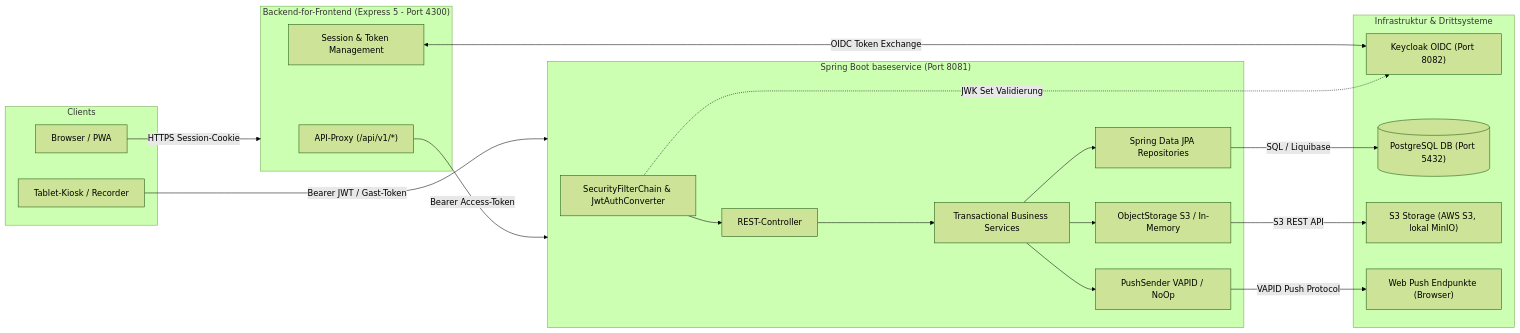
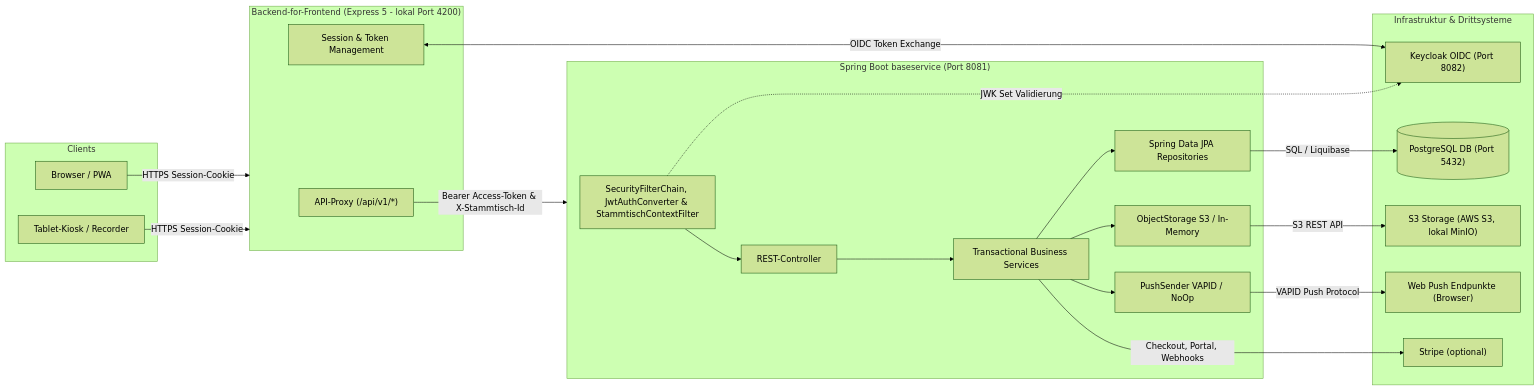
Before and after one commit to damaurer/vereint: the second of 2 diagrams in docs/baseservice/README.md, drawn with Mermaid (forest theme). The commit also changed other lines of this file and 90 other files, not shown here.

````diff
--- a/docs/baseservice/README.md
+++ b/docs/baseservice/README.md
@@ -35,44 +35,46 @@
 ```mermaid
 graph LR
   subgraph Clients
     Browser[Browser / PWA]
     Tablet[Tablet-Kiosk / Recorder]
   end
 
-  subgraph BFF["Backend-for-Frontend (Express 5 - Port 4300)"]
+  subgraph BFF["Backend-for-Frontend (Express 5 - lokal Port 4200)"]
     Proxy["API-Proxy (/api/v1/*)"]
     AuthMW[Session & Token Management]
   end
 
   subgraph BaseService["Spring Boot baseservice (Port 8081)"]
-    Sec[SecurityFilterChain & JwtAuthConverter]
+    Sec[SecurityFilterChain, JwtAuthConverter & StammtischContextFilter]
     Rest[REST-Controller]
     Svc[Transactional Business Services]
     Repo[Spring Data JPA Repositories]
     Storage[ObjectStorage S3 / In-Memory]
     Push[PushSender VAPID / NoOp]
   end
 
   subgraph Infra["Infrastruktur & Drittsysteme"]
     Keycloak["Keycloak OIDC (Port 8082)"]
     Postgres[("PostgreSQL DB (Port 5432)")]
     MinIO["S3 Storage (AWS S3, lokal MinIO)"]
     WebPush["Web Push Endpunkte (Browser)"]
+    Stripe["Stripe (optional)"]
   end
 
   Browser -->|HTTPS Session-Cookie| BFF
-  Tablet -->|Bearer JWT / Gast-Token| BaseService
-  Proxy -->|Bearer Access-Token| BaseService
+  Tablet -->|HTTPS Session-Cookie| BFF
+  Proxy -->|Bearer Access-Token & X-Stammtisch-Id| BaseService
   AuthMW <-->|OIDC Token Exchange| Keycloak
 
   Sec --> Rest
   Rest --> Svc
   Svc --> Repo
   Svc --> Storage
   Svc --> Push
 
   Sec -.->|JWK Set Validierung| Keycloak
   Repo -->|SQL / Liquibase| Postgres
   Storage -->|S3 REST API| MinIO
   Push -->|VAPID Push Protocol| WebPush
+  Svc -->|Checkout, Portal, Webhooks| Stripe
 ```
````
